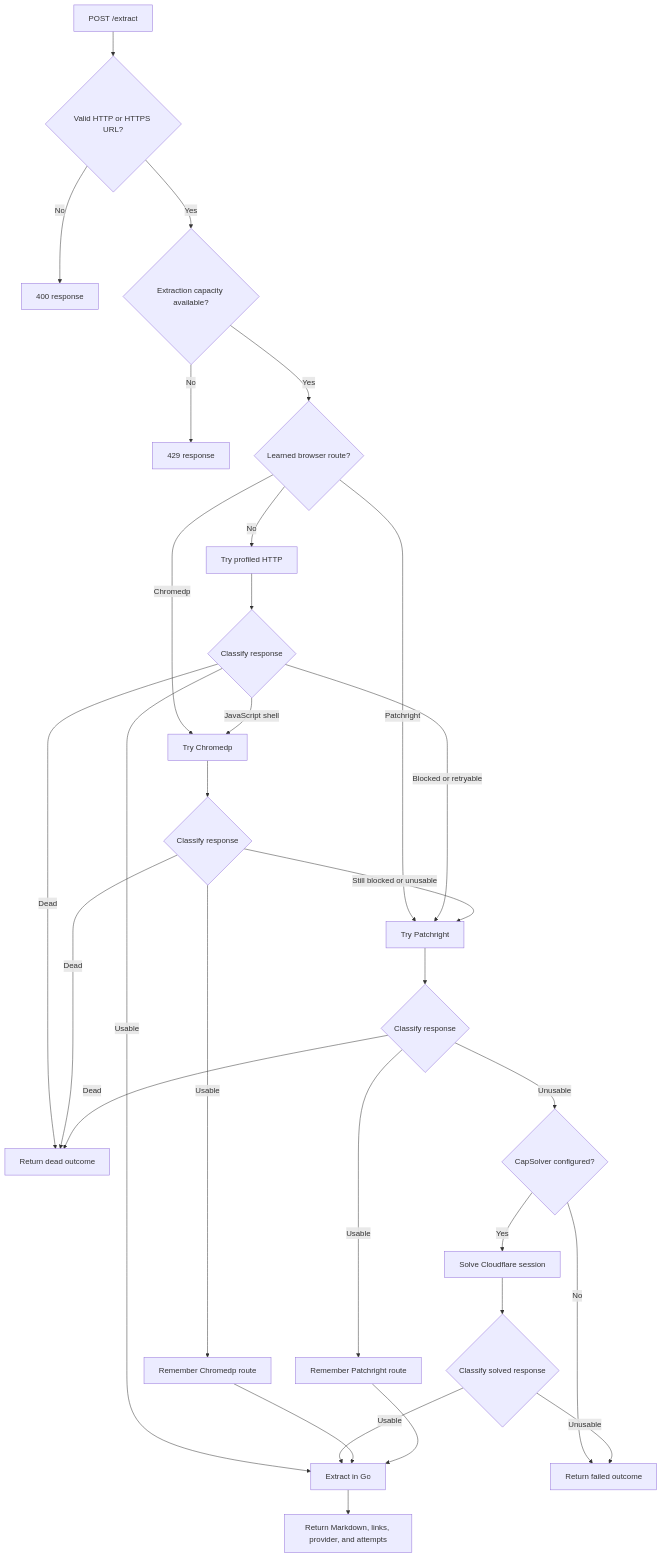
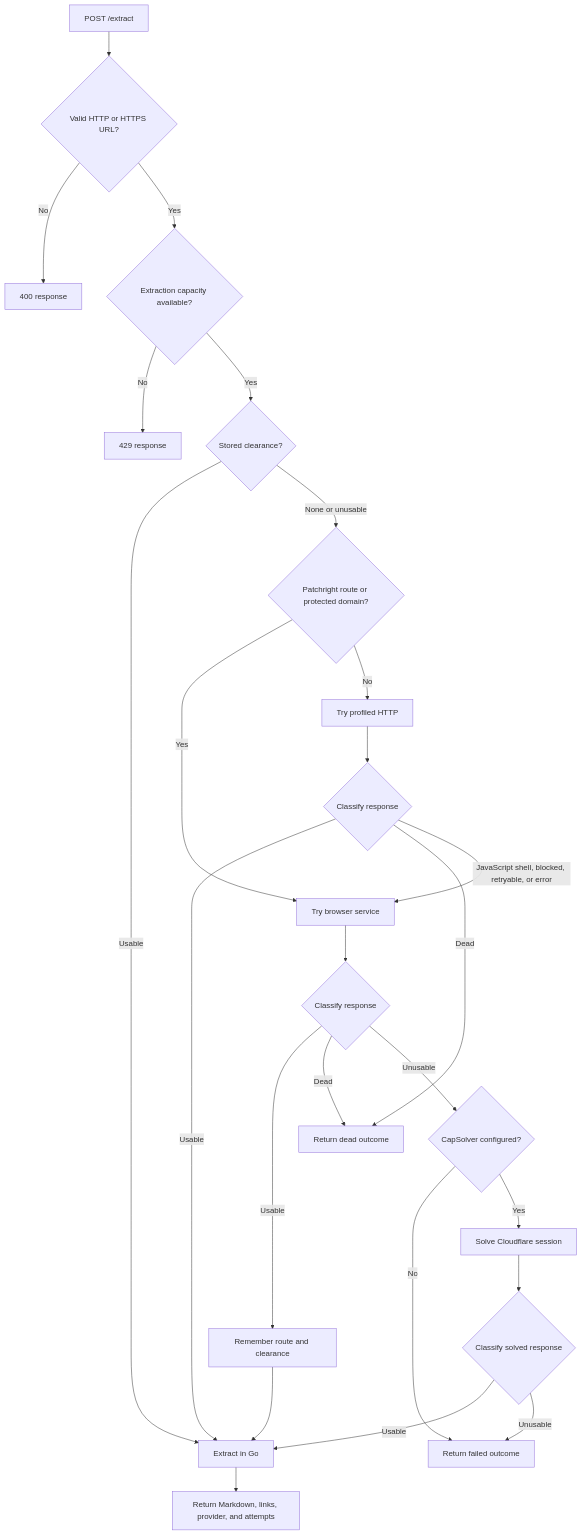
The second of 8 diagrams in docs/architecture.md (simonbalfe/pagelode), drawn with Mermaid before and after one commit. The commit also changed other lines of this file and 12 other files, not shown here.

First line of the commit message:
Document the single browser service

````diff
--- a/docs/architecture.md
+++ b/docs/architecture.md
@@ -45,37 +45,31 @@
 ```mermaid
 flowchart TD
     Start[POST /extract] --> Validate{Valid HTTP or HTTPS URL?}
     Validate -- No --> BadRequest[400 response]
     Validate -- Yes --> Capacity{Extraction capacity available?}
     Capacity -- No --> Busy[429 response]
-    Capacity -- Yes --> Preferred{Learned browser route?}
+    Capacity -- Yes --> Replay{Stored clearance?}
+    Replay -- Usable --> Extract[Extract in Go]
+    Replay -- None or unusable --> Preferred{Patchright route or protected domain?}
 
-    Preferred -- Chromedp --> TryChromedp[Try Chromedp]
-    Preferred -- Patchright --> TryPatchright[Try Patchright]
+    Preferred -- Yes --> TryPatchright[Try browser service]
     Preferred -- No --> TryTLS[Try profiled HTTP]
 
     TryTLS --> ClassifyTLS{Classify response}
-    ClassifyTLS -- Usable --> Extract[Extract in Go]
+    ClassifyTLS -- Usable --> Extract
     ClassifyTLS -- Dead --> Dead[Return dead outcome]
-    ClassifyTLS -- JavaScript shell --> TryChromedp
-    ClassifyTLS -- Blocked or retryable --> TryPatchright
-
-    TryChromedp --> ClassifyChromedp{Classify response}
-    ClassifyChromedp -- Usable --> RememberChromedp[Remember Chromedp route]
-    ClassifyChromedp -- Dead --> Dead
-    ClassifyChromedp -- Still blocked or unusable --> TryPatchright
+    ClassifyTLS -- "JavaScript shell, blocked, retryable, or error" --> TryPatchright
 
     TryPatchright --> ClassifyPatchright{Classify response}
-    ClassifyPatchright -- Usable --> RememberPatchright[Remember Patchright route]
+    ClassifyPatchright -- Usable --> RememberPatchright[Remember route and clearance]
     ClassifyPatchright -- Dead --> Dead
     ClassifyPatchright -- Unusable --> SolverReady{CapSolver configured?}
     SolverReady -- No --> Failed[Return failed outcome]
     SolverReady -- Yes --> TryCapSolver[Solve Cloudflare session]
     TryCapSolver --> ClassifySolved{Classify solved response}
     ClassifySolved -- Usable --> Extract
     ClassifySolved -- Unusable --> Failed
 
-    RememberChromedp --> Extract
     RememberPatchright --> Extract
     Extract --> Success[Return Markdown, links, provider, and attempts]
 ```
````
